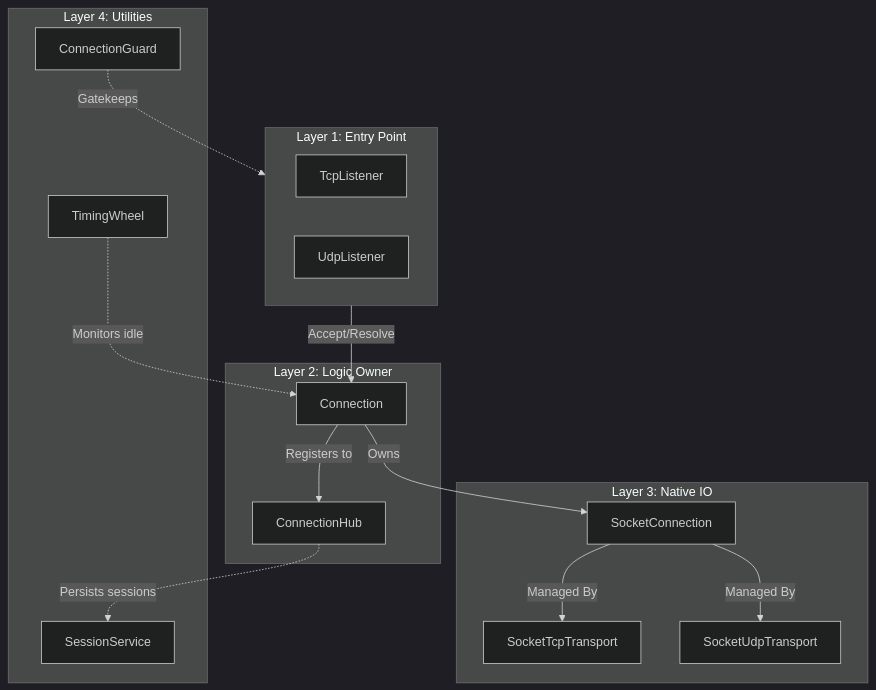
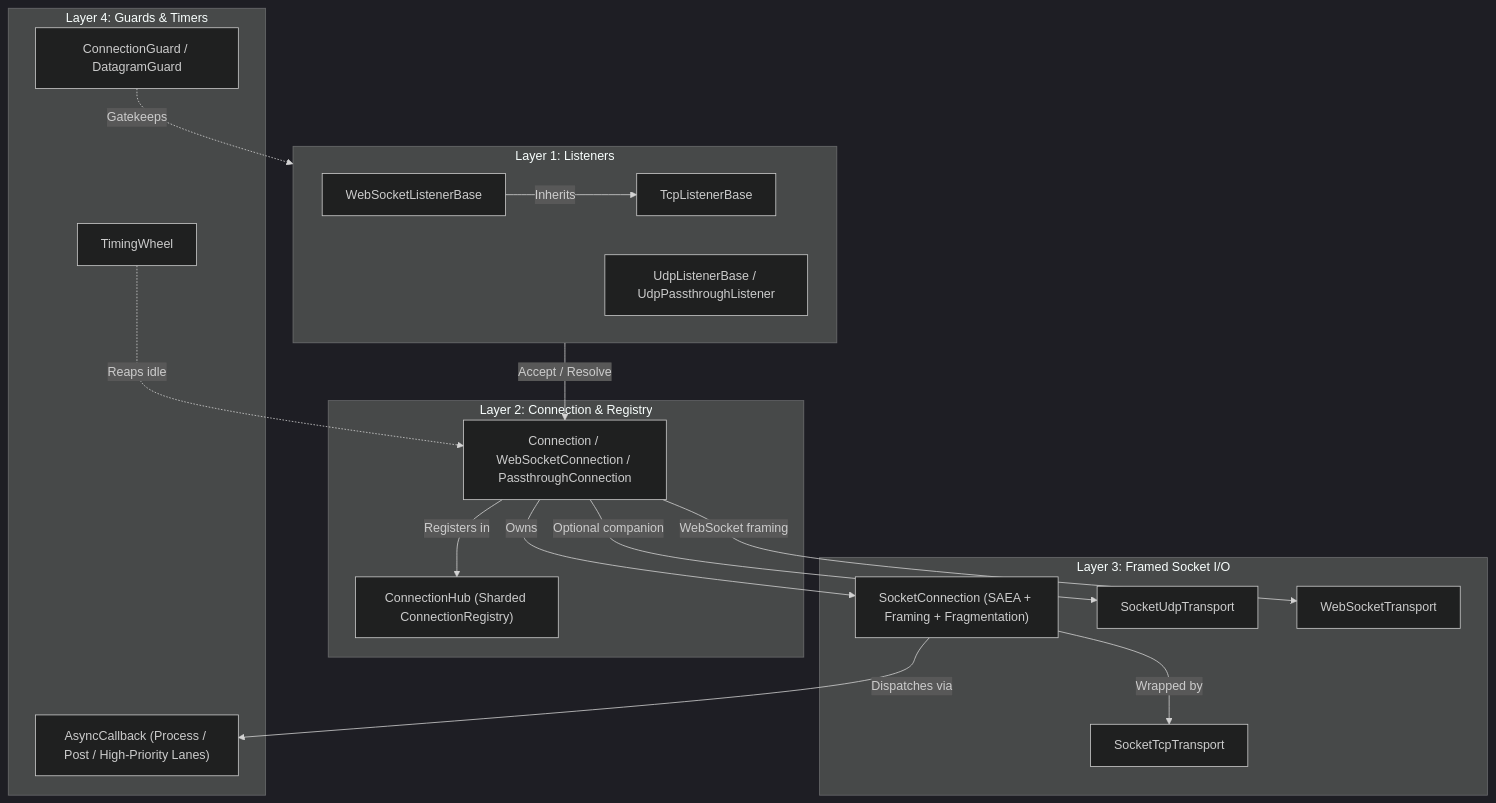
Before and after one commit to ppn-systems/nalix-docs: the diagram in src/content/docs/en-us/api/network/index.md, drawn with Mermaid (dark theme). The commit also changed other lines of this file and 180 other files, not shown here.

````diff
--- a/src/content/docs/en-us/api/network/index.md
+++ b/src/content/docs/en-us/api/network/index.md
@@ -14,35 +15,37 @@
 ```mermaid
 flowchart TD
-    subgraph Listeners[Layer 1: Entry Point]
-        TCP[TcpListener]
-        UDP[UdpListener]
+    subgraph Listeners["Layer 1: Listeners"]
+        TCP["TcpListenerBase"]
+        UDP["UdpListenerBase / UdpPassthroughListener"]
+        WS["WebSocketListenerBase"]
     end
 
-    subgraph Core[Layer 2: Logic Owner]
-        Conn[Connection]
-        Hub[ConnectionHub]
+    subgraph Core["Layer 2: Connection & Registry"]
+        Conn["Connection / WebSocketConnection / PassthroughConnection"]
+        Hub["ConnectionHub (Sharded ConnectionRegistry)"]
     end
 
-    subgraph Transport[Layer 3: Native IO]
-        SC[SocketConnection]
-        STCP[SocketTcpTransport]
-        SUDP[SocketUdpTransport]
+    subgraph Transport["Layer 3: Framed Socket I/O"]
+        SC["SocketConnection (SAEA + Framing + Fragmentation)"]
+        STCP["SocketTcpTransport"]
+        SUDP["SocketUdpTransport"]
+        WST["WebSocketTransport"]
     end
 
-    subgraph Support[Layer 4: Utilities]
-        TW[TimingWheel]
-        SS[SessionService]
-        Lim[ConnectionGuard]
+    subgraph Support["Layer 4: Guards & Timers"]
+        TW["TimingWheel"]
+        Lim["ConnectionGuard / DatagramGuard"]
+        AC["AsyncCallback (Process / Post / High-Priority Lanes)"]
     end
 
-    Listeners -->|Accept/Resolve| Conn
+    WS -->|Inherits| TCP
+    Listeners -->|Accept / Resolve| Conn
+    Conn -->|Registers in| Hub
     Conn -->|Owns| SC
-    Conn -->|Registers to| Hub
-    
-    SC -->|Managed By| STCP
-    SC -->|Managed By| SUDP
-
-    Hub -.->|Persists sessions| SS
-    TW -.->|Monitors idle| Conn
+    SC -->|Wrapped by| STCP
+    Conn -->|Optional companion| SUDP
+    Conn -->|WebSocket framing| WST
+    SC -->|Dispatches via| AC
+    TW -.->|Reaps idle| Conn
     Lim -.->|Gatekeeps| Listeners
 ```
````
